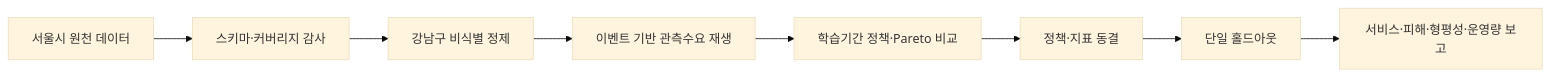
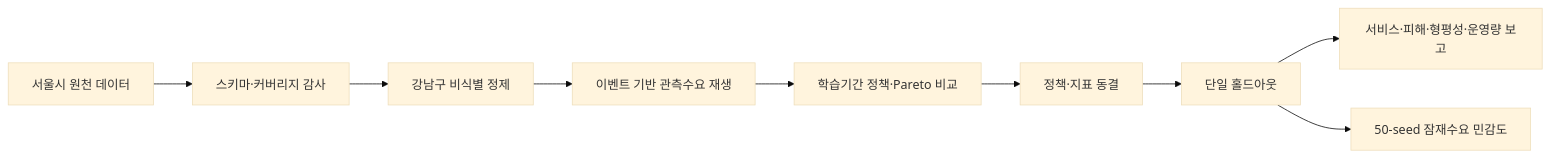
Before and after one commit to jinjerry0927/ddareungi-rearrangement: the diagram in README.md, drawn with Mermaid (base theme). The commit also changed other lines of this file and 4 other files, not shown here.

````diff
--- a/README.md
+++ b/README.md
@@ -66,10 +84,11 @@
 ```mermaid
 flowchart LR
     A["서울시 원천 데이터"] --> B["스키마·커버리지 감사"]
     B --> C["강남구 비식별 정제"]
     C --> D["이벤트 기반 관측수요 재생"]
     D --> E["학습기간 정책·Pareto 비교"]
     E --> F["정책·지표 동결"]
     F --> G["단일 홀드아웃"]
     G --> H["서비스·피해·형평성·운영량 보고"]
+    G --> I["50-seed 잠재수요 민감도"]
 ```
````
